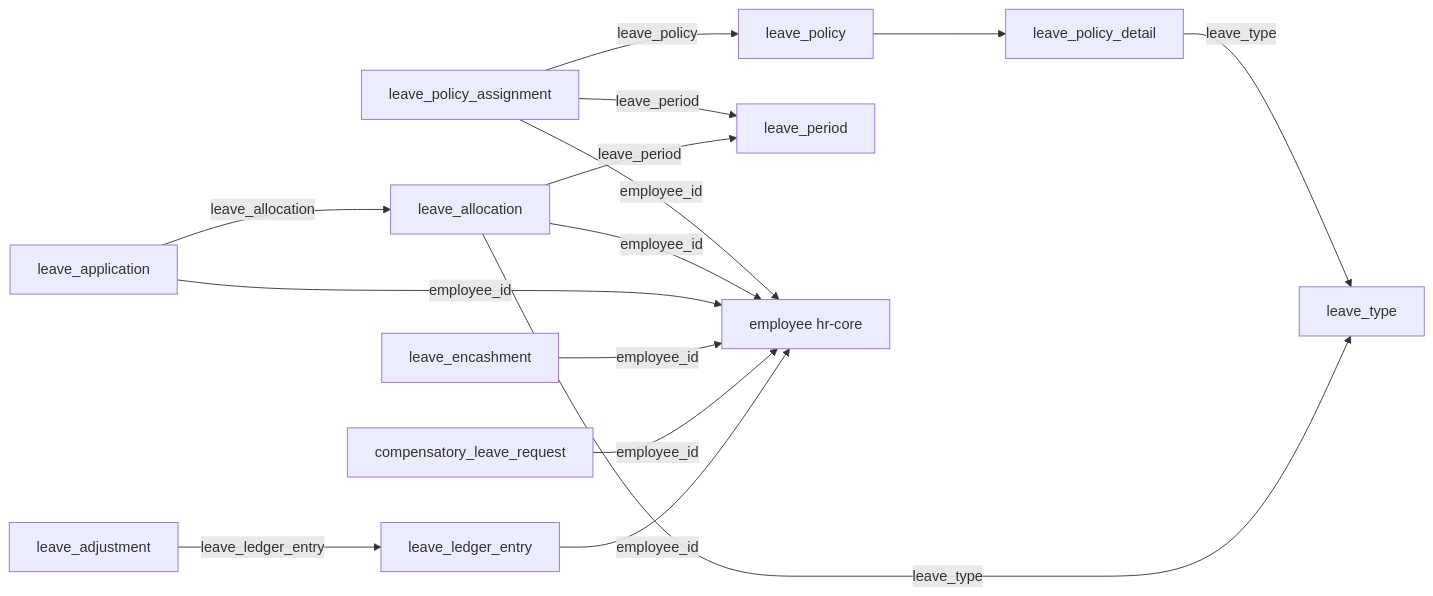
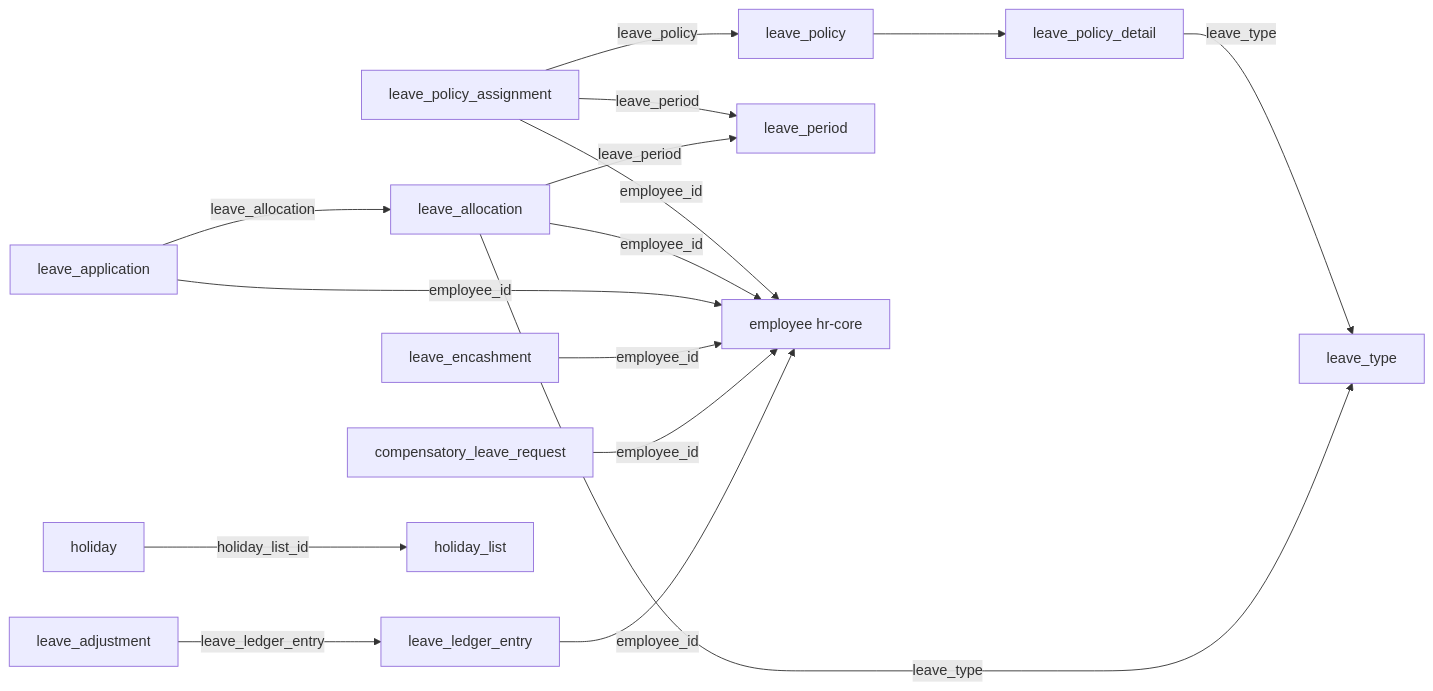
Before and after one commit to AdityaBorkar/aspen-os: the diagram in packages/hr-leave/docs/db-schemas.mdx, drawn with Mermaid. The commit also changed other lines of this file and 41 other files, not shown here.

````diff
--- a/packages/hr-leave/docs/db-schemas.mdx
+++ b/packages/hr-leave/docs/db-schemas.mdx
@@ -224,17 +250,18 @@
 ```mermaid
 flowchart LR
   LP[leave_policy] --> LPD[leave_policy_detail]
   LPD -->|leave_type| LT[leave_type]
   LPA[leave_policy_assignment] -->|leave_policy| LP
   LPA -->|leave_period| LPER[leave_period]
   LPA -->|employee_id| EMP[employee hr-core]
   LA[leave_allocation] -->|employee_id| EMP
   LA -->|leave_type| LT
   LA -->|leave_period| LPER
   LAP[leave_application] -->|employee_id| EMP
   LAP -->|leave_allocation| LA
   LE[leave_encashment] -->|employee_id| EMP
   CLR[compensatory_leave_request] -->|employee_id| EMP
   LADJ[leave_adjustment] -->|leave_ledger_entry| LLE[leave_ledger_entry]
   LLE -->|employee_id| EMP
+  HOL[holiday] -->|holiday_list_id| HL[holiday_list]
 ```
````
